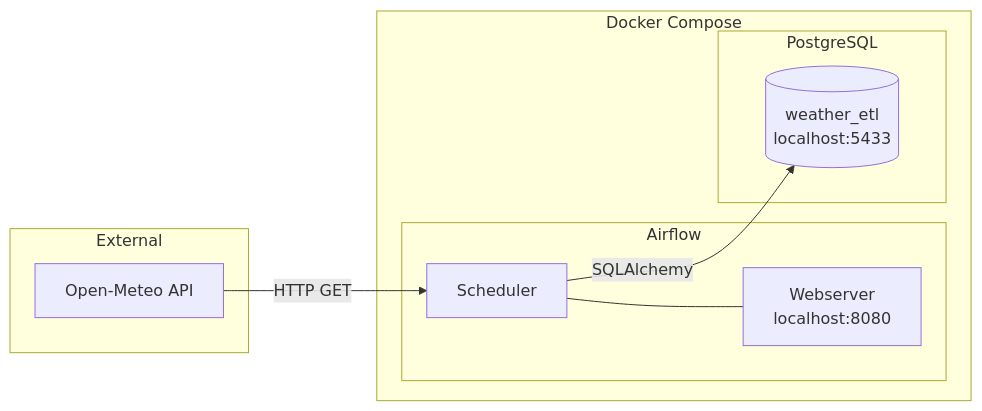
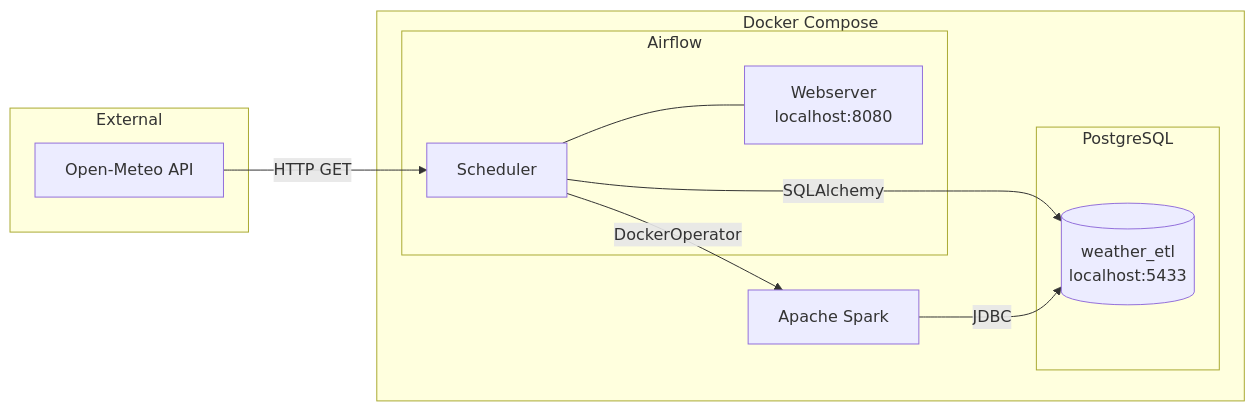
Before and after one commit to Lukiano99/ETLProcessorProject: the first of 4 diagrams in README.md, drawn with Mermaid. The commit also changed other lines of this file and 7 other files, not shown here.

First line of the commit message:
Add Apache Spark analytics layer

````diff
--- a/README.md
+++ b/README.md
@@ -7,21 +7,25 @@
 ```mermaid
 graph LR
     subgraph External
         API[Open-Meteo API]
     end
 
     subgraph Docker Compose
         subgraph Airflow
             Scheduler[Scheduler]
             Webserver[Webserver\nlocalhost:8080]
         end
 
         subgraph PostgreSQL
             DB[(weather_etl\nlocalhost:5433)]
         end
+
+        Spark[Apache Spark]
     end
 
     API -->|HTTP GET| Scheduler
     Scheduler -->|SQLAlchemy| DB
+    Scheduler -->|DockerOperator| Spark
+    Spark -->|JDBC| DB
     Scheduler --- Webserver
 ```
````
